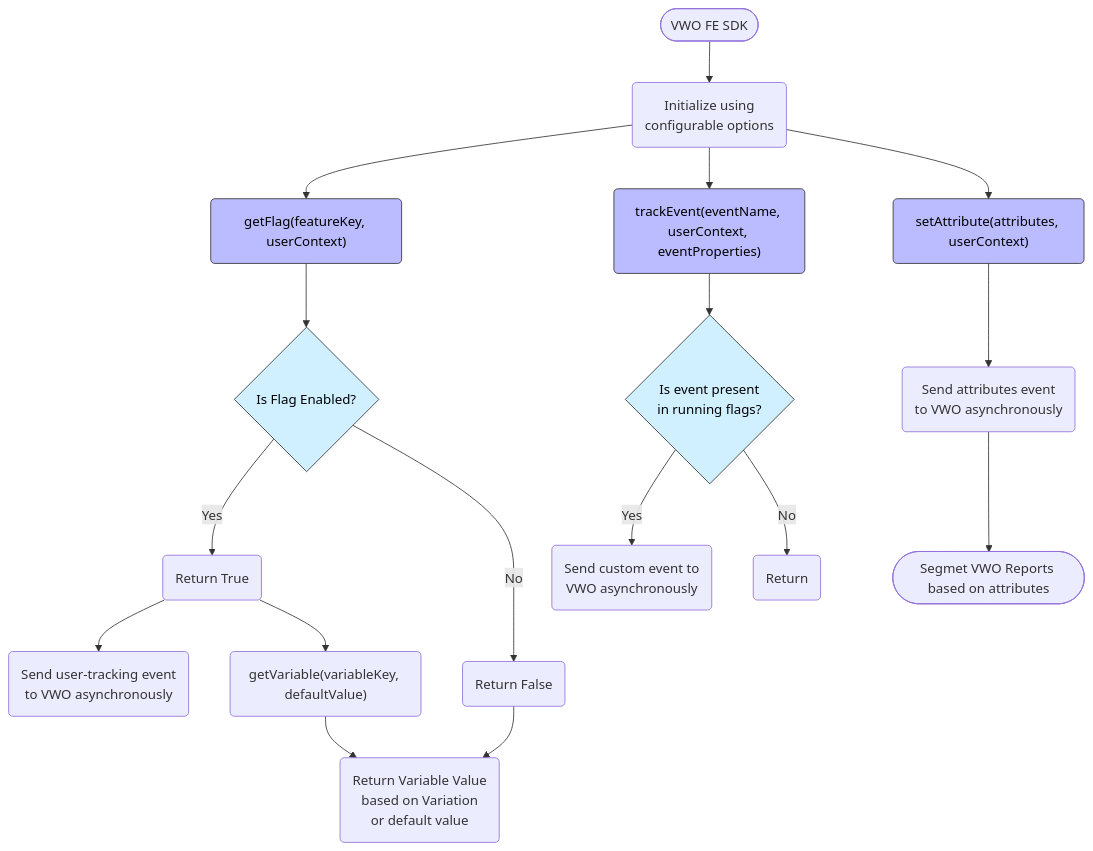
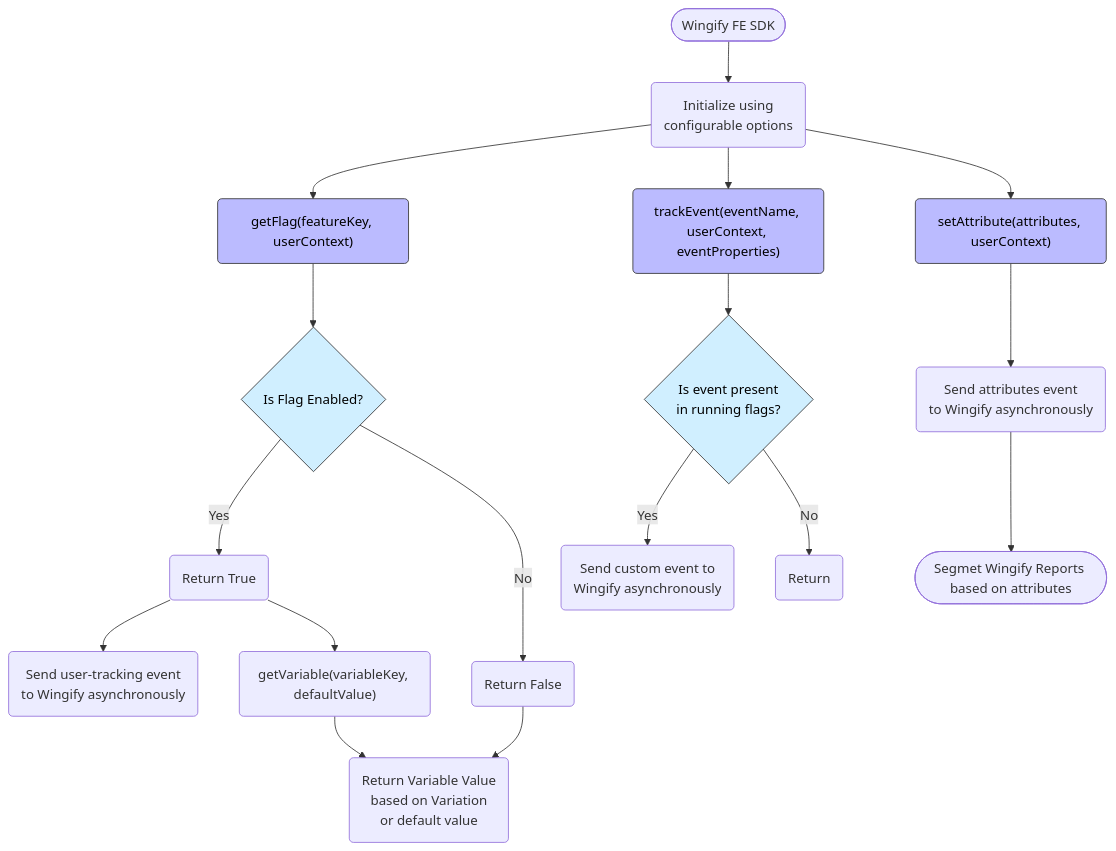
One commit to wingify/readme-central changed the first of 3 diagrams in docs/SDK Reference/fme-sdk-architecture.md. Above: the diagram before and after it, drawn with Mermaid. The commit also changed other lines of this file and 232 other files, not shown here.

Commit message:
VWO -> Wingify branding

````diff
--- a/docs/SDK Reference/fme-sdk-architecture.md
+++ b/docs/SDK Reference/fme-sdk-architecture.md
@@ -12,44 +12,44 @@
 ```mermaid
 flowchart TD
-    A0(["VWO FE SDK"]) --> A("Initialize using<br/>configurable options")
+    A0(["Wingify FE SDK"]) --> A("Initialize using<br/>configurable options")
     A --> Y("getFlag(featureKey, userContext)")
     A --> X("trackEvent(eventName, userContext, eventProperties)")
     A --> Z("setAttribute(attributes, userContext)")
 
     %% getFlag & getVariable Flow
     Y --> Y1{"Is Flag Enabled?"}
     Y1 -- Yes --> Y2("Return True")
     Y1 -- No --> Y4("Return False")
-    Y2 --> Y22("Send user-tracking event<br/>to VWO asynchronously")
+    Y2 --> Y22("Send user-tracking event<br/>to Wingify asynchronously")
     Y2 --> Y3("getVariable(variableKey, defaultValue)")
     Y3 --> Y5("Return Variable Value<br/>based on Variation<br/>or default value")
     Y4 --> Y5
 
     %% trackEvent Flow
     X --> X1{"Is event present<br/>in running flags?"}
-    X1 -- Yes --> X2("Send custom event to<br/>VWO asynchronously")
+    X1 -- Yes --> X2("Send custom event to<br/>Wingify asynchronously")
     X1 -- No --> X3("Return")
 
     %% setAttribute Flow
-    Z --> Z1("Send attributes event<br/>to VWO asynchronously")
-    Z1 --> Z2("Segment VWO reports<br/>based on these attributes")
-    Z2(["Segmet VWO Reports based on attributes"])
+    Z --> Z1("Send attributes event<br/>to Wingify asynchronously")
+    Z1 --> Z2("Segment Wingify reports<br/>based on these attributes")
+    Z2(["Segmet Wingify Reports based on attributes"])
 
     %% Assign classes
     class Y getFlag
     class X trackEvent
     class Z setAttribute
     class Y1 conditional
     class X1 conditional
 
     %% Define styles
     classDef getFlag fill:#bbf,stroke:#333,stroke-width:1px,color:#000
     classDef trackEvent fill:#bbf,stroke:#333,stroke-width:1px,color:#000
     classDef setAttribute fill:#bbf,stroke:#333,stroke-width:1px,color:#000
     classDef conditional fill:#d0efff,stroke:#333,stroke-width:1px,color:#000
 
     %% style X2 stroke:#7373ff,stroke-width:2px
     %% style Y22 stroke:#7373ff,stroke-width:2px
     %% style Z1 stroke:#7373ff,stroke-width:2px
 
 ```
````
